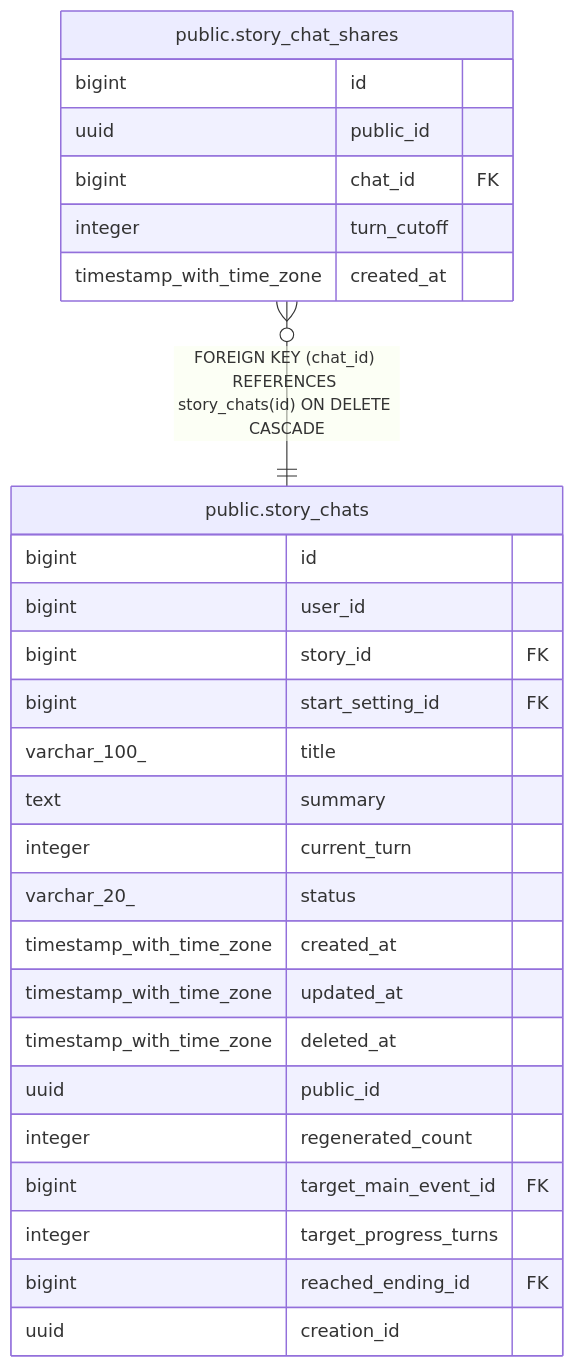
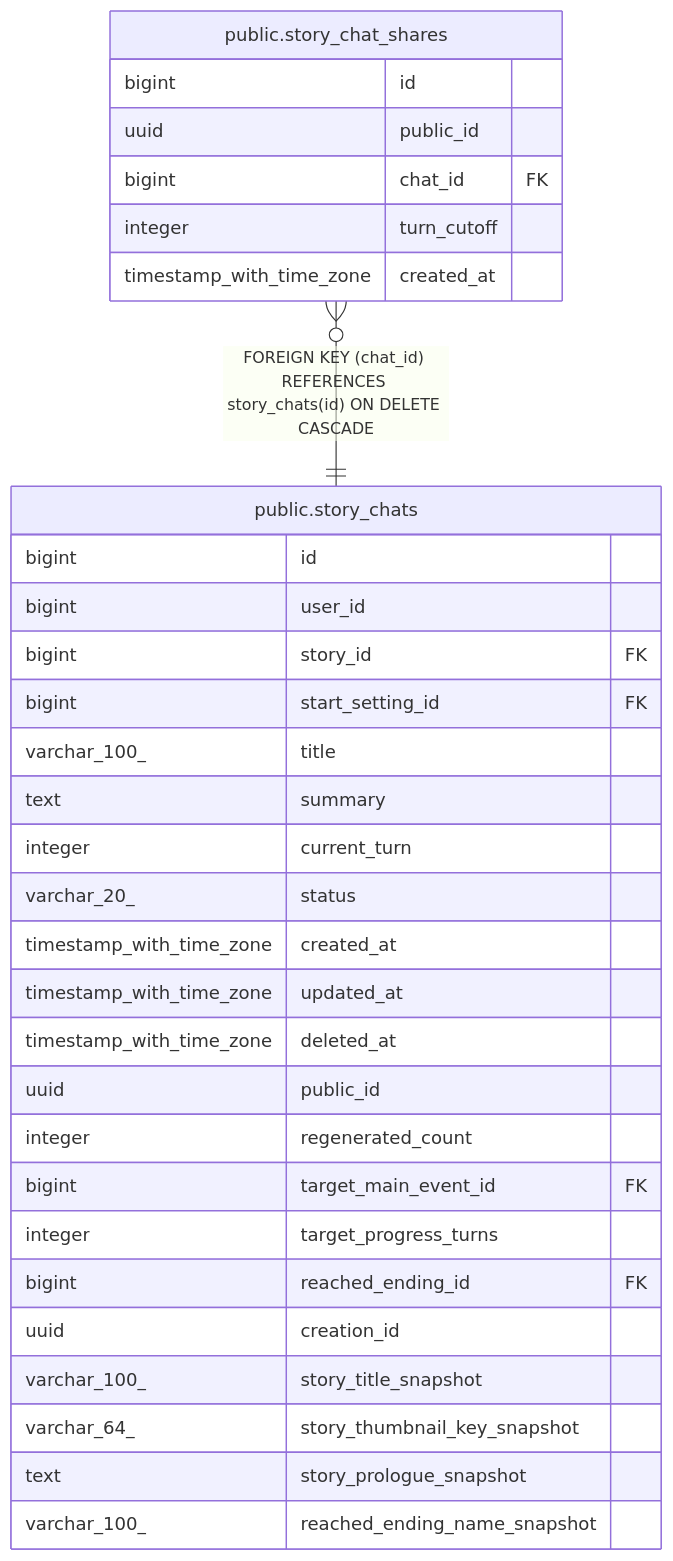
The diagram in dbdoc/public.story_chat_shares.md (KIM-N-KANG/manyak-server), drawn with Mermaid before and after one commit. The commit also changed 24 other files, not shown here.

````diff
--- a/dbdoc/public.story_chat_shares.md
+++ b/dbdoc/public.story_chat_shares.md
@@ -32,32 +32,36 @@
 ```mermaid
 erDiagram
 
 "public.story_chat_shares" }o--|| "public.story_chats" : "FOREIGN KEY (chat_id) REFERENCES story_chats(id) ON DELETE CASCADE"
 
 "public.story_chat_shares" {
   bigint id
   uuid public_id
   bigint chat_id FK
   integer turn_cutoff
   timestamp_with_time_zone created_at
 }
 "public.story_chats" {
   bigint id
   bigint user_id
   bigint story_id FK
   bigint start_setting_id FK
   varchar_100_ title
   text summary
   integer current_turn
   varchar_20_ status
   timestamp_with_time_zone created_at
   timestamp_with_time_zone updated_at
   timestamp_with_time_zone deleted_at
   uuid public_id
   integer regenerated_count
   bigint target_main_event_id FK
   integer target_progress_turns
   bigint reached_ending_id FK
   uuid creation_id
+  varchar_100_ story_title_snapshot
+  varchar_64_ story_thumbnail_key_snapshot
+  text story_prologue_snapshot
+  varchar_100_ reached_ending_name_snapshot
 }
 ```
````
